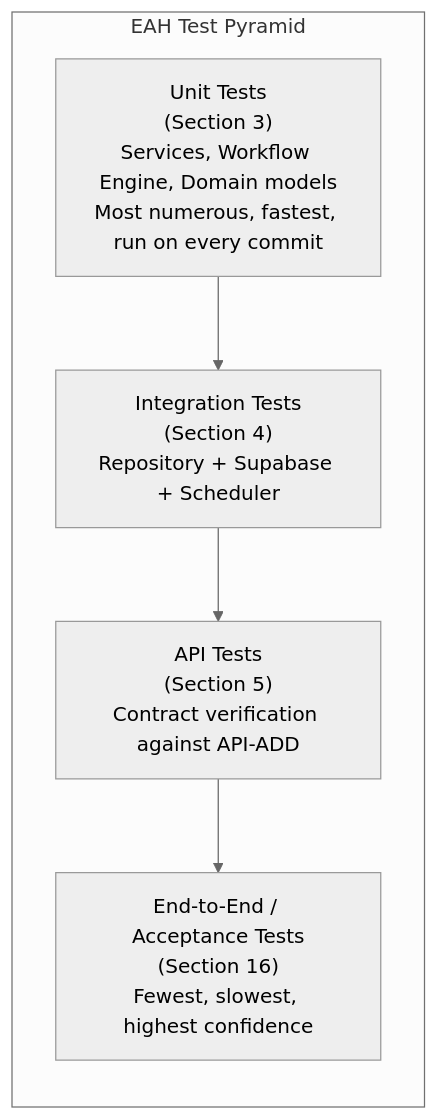
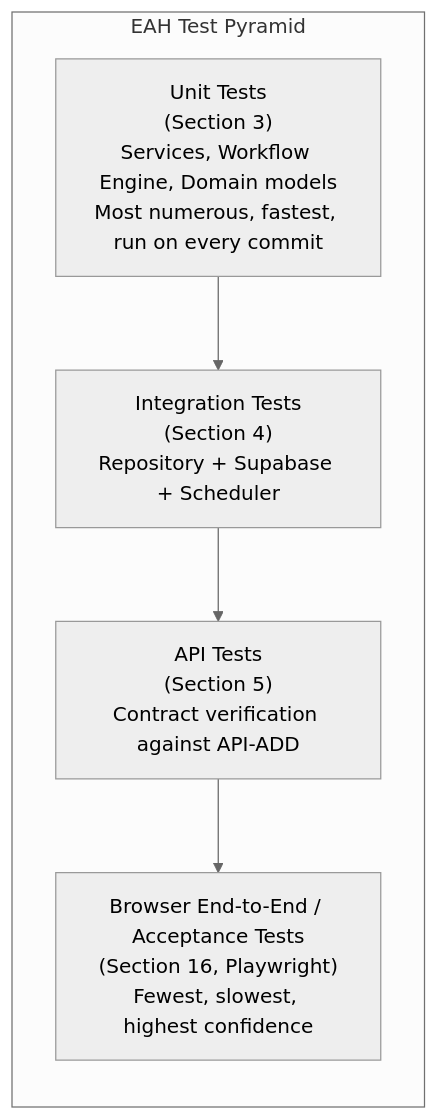
The first of 5 diagrams in docs/testing_strategy.md (ayeshashahzad565-dev/enterprise-automation-hub), drawn with Mermaid (neutral theme) before and after one commit. The commit also changed other lines of this file and 1 other file, not shown here.

````diff
--- a/docs/testing_strategy.md
+++ b/docs/testing_strategy.md
@@ -85,11 +97,11 @@
 ```mermaid
 flowchart TD
     subgraph Pyramid["EAH Test Pyramid"]
         direction TB
-        E2E["End-to-End / Acceptance Tests<br/>(Section 16)<br/>Fewest, slowest, highest confidence"]
+        E2E["Browser End-to-End / Acceptance Tests<br/>(Section 16, Playwright)<br/>Fewest, slowest, highest confidence"]
         API["API Tests<br/>(Section 5)<br/>Contract verification against API-ADD"]
         INT["Integration Tests<br/>(Section 4)<br/>Repository + Supabase + Scheduler"]
         UNIT["Unit Tests<br/>(Section 3)<br/>Services, Workflow Engine, Domain models<br/>Most numerous, fastest, run on every commit"]
     end
     UNIT --> INT --> API --> E2E
 ```
````
